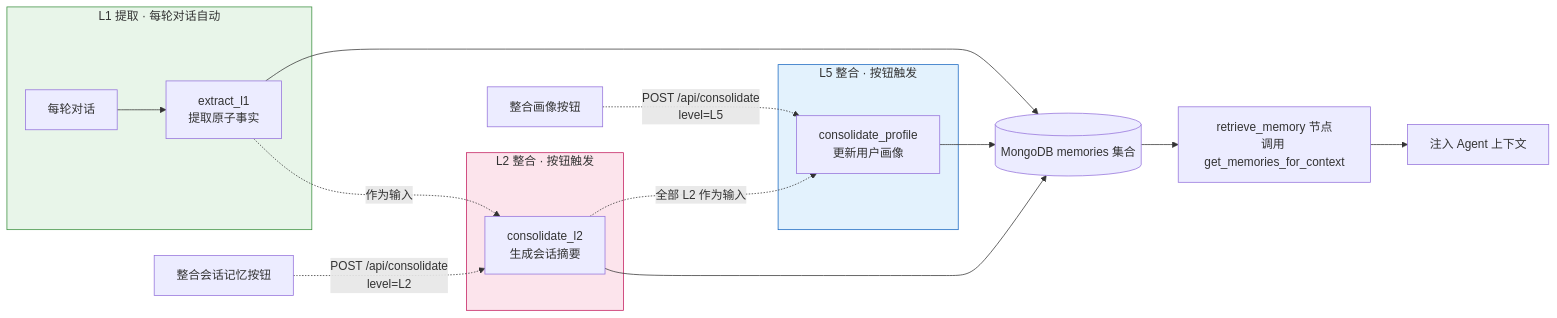
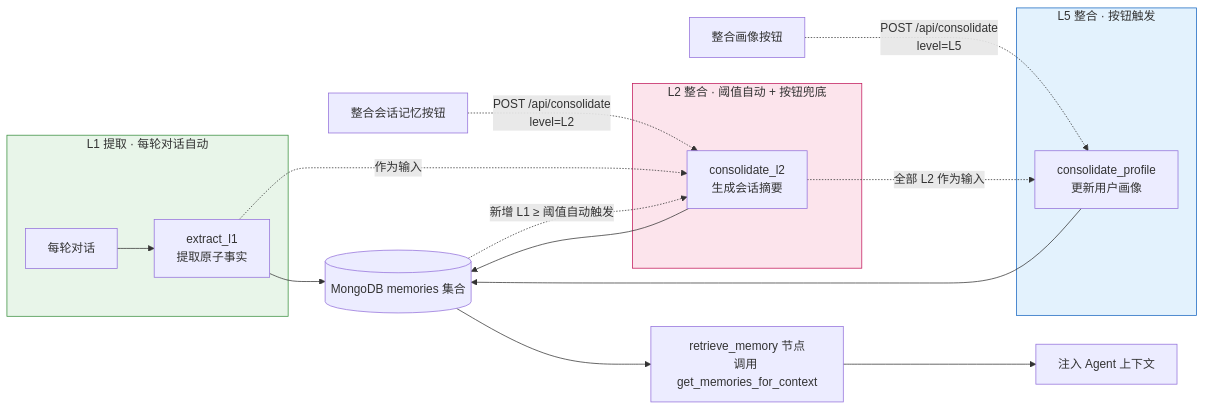
One commit to 00-DS/Agentic-Search changed the diagram in 任务文档/04-TMT记忆系统.md. Above: the diagram before and after it, drawn with Mermaid. The commit also changed other lines of this file and 1 other file, not shown here.

Commit message:
docs: L2 触发叙事图示层同步（概览记忆流/04 mermaid/04 层级表）

````diff
--- a/任务文档/04-TMT记忆系统.md
+++ b/任务文档/04-TMT记忆系统.md
@@ -19,24 +19,25 @@
 ```mermaid
 graph LR
     subgraph L1["L1 提取 · 每轮对话自动"]
         Dialog["每轮对话"] --> Extract["extract_l1<br/>提取原子事实"]
     end
     Extract --> Store[("MongoDB memories 集合")]
-    subgraph L2["L2 整合 · 按钮触发"]
+    subgraph L2["L2 整合 · 阈值自动 + 按钮兜底"]
         Consolidate["consolidate_l2<br/>生成会话摘要"]
     end
     subgraph L5["L5 整合 · 按钮触发"]
         Profile["consolidate_profile<br/>更新用户画像"]
     end
     ButtonA["整合会话记忆按钮"] -.->|"POST /api/consolidate<br/>level=L2"| Consolidate
     ButtonB["整合画像按钮"] -.->|"POST /api/consolidate<br/>level=L5"| Profile
     Extract -.->|"作为输入"| Consolidate
+    Store -.->|"新增 L1 ≥ 阈值自动触发"| Consolidate
     Consolidate -.->|"全部 L2 作为输入"| Profile
     Consolidate --> Store
     Profile --> Store
     Store --> Retrieve["retrieve_memory 节点<br/>调用 get_memories_for_context"]
     Retrieve --> AgentCtx["注入 Agent 上下文"]
     style L1 fill:#e8f5e9,stroke:#388e3c
     style L2 fill:#fce4ec,stroke:#c2185b
     style L5 fill:#e3f2fd,stroke:#1565c0
 ```
````
